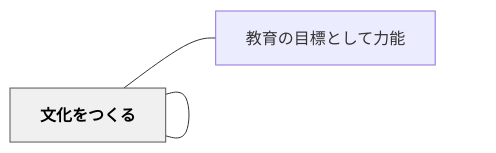
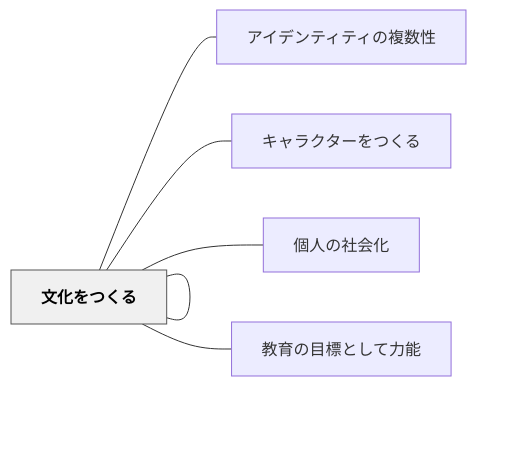
Before and after one commit to unknownthings-ed-patterns/unknownthings-ed-patterns: the diagram in content/パタン/文化の人格.md, drawn with Mermaid. The commit also changed other lines of this file and 473 other files, not shown here.

````diff
--- a/content/パタン/文化の人格.md
+++ b/content/パタン/文化の人格.md
@@ -147,12 +150,18 @@
 ```mermaid
 flowchart LR
     ne69687e58c96["文化の人格"]
+    ne382a2e382a4["アイデンティティの複数性"]
+    ne382ade383a3["キャラクターをつくる"]
+    ne5808be4baba["個人の社会化"]
     ne69687e58c96["文化をつくる"]
     ne69599e882b2["教育の目標として力能"]
 
+    ne69687e58c96 --- ne382a2e382a4
+    ne69687e58c96 --- ne382ade383a3
+    ne69687e58c96 --- ne5808be4baba
     ne69687e58c96 --- ne69687e58c96
     ne69687e58c96 --- ne69599e882b2
 
     classDef hub fill:#f0f0f0,stroke:#555,color:#000,font-weight:bold
     class ne69687e58c96 hub
 ```
````
